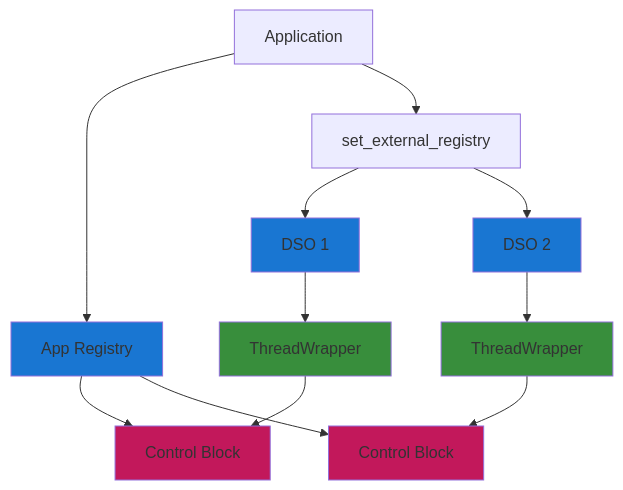
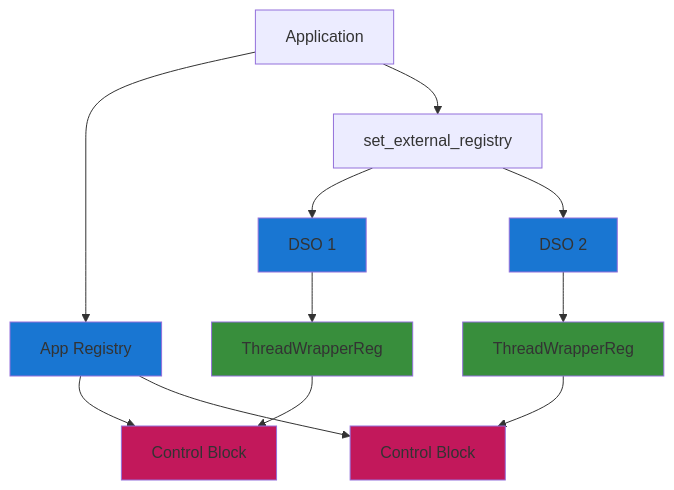
Before and after one commit to Katze719/ThreadSchedule: the third of 5 diagrams in docs/REGISTRY.md, drawn with Mermaid. The commit also changed other lines of this file, not shown here.

Commit message:
Remove outdated notes from REGISTRY.md to streamline documentation and focus on essential information regarding thread control operations.

````diff
--- a/docs/REGISTRY.md
+++ b/docs/REGISTRY.md
@@ -126,31 +120,31 @@
 ```mermaid
 graph TD
     App[Application]
     AR["App Registry"]
     ER1["set_external_registry"]
     DSO1["DSO 1"]
     DSO2["DSO 2"]
-    T2[ThreadWrapper]
-    T3[ThreadWrapper]
+    T2[ThreadWrapperReg]
+    T3[ThreadWrapperReg]
     CB2["Control Block"]
     CB3["Control Block"]
 
     App --> AR
     App --> ER1
     ER1 --> DSO1
     ER1 --> DSO2
     DSO1 --> T2
     DSO2 --> T3
     T2 --> CB2
     T3 --> CB3
     AR --> CB2
     AR --> CB3
 
     classDef registry fill:#1976d2
     classDef controlBlock fill:#c2185b
     classDef wrapper fill:#388e3c
 
     class AR,DSO1,DSO2 registry
     class CB2,CB3 controlBlock
     class T2,T3 wrapper
 ```
````
